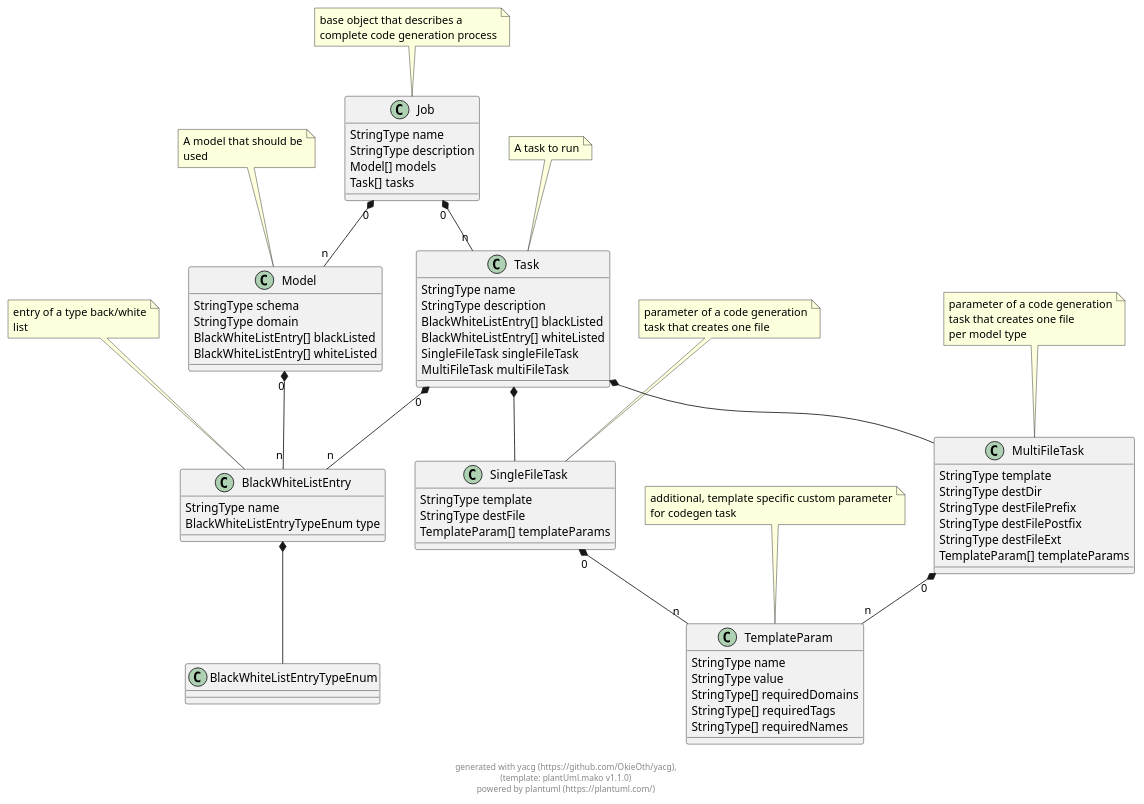
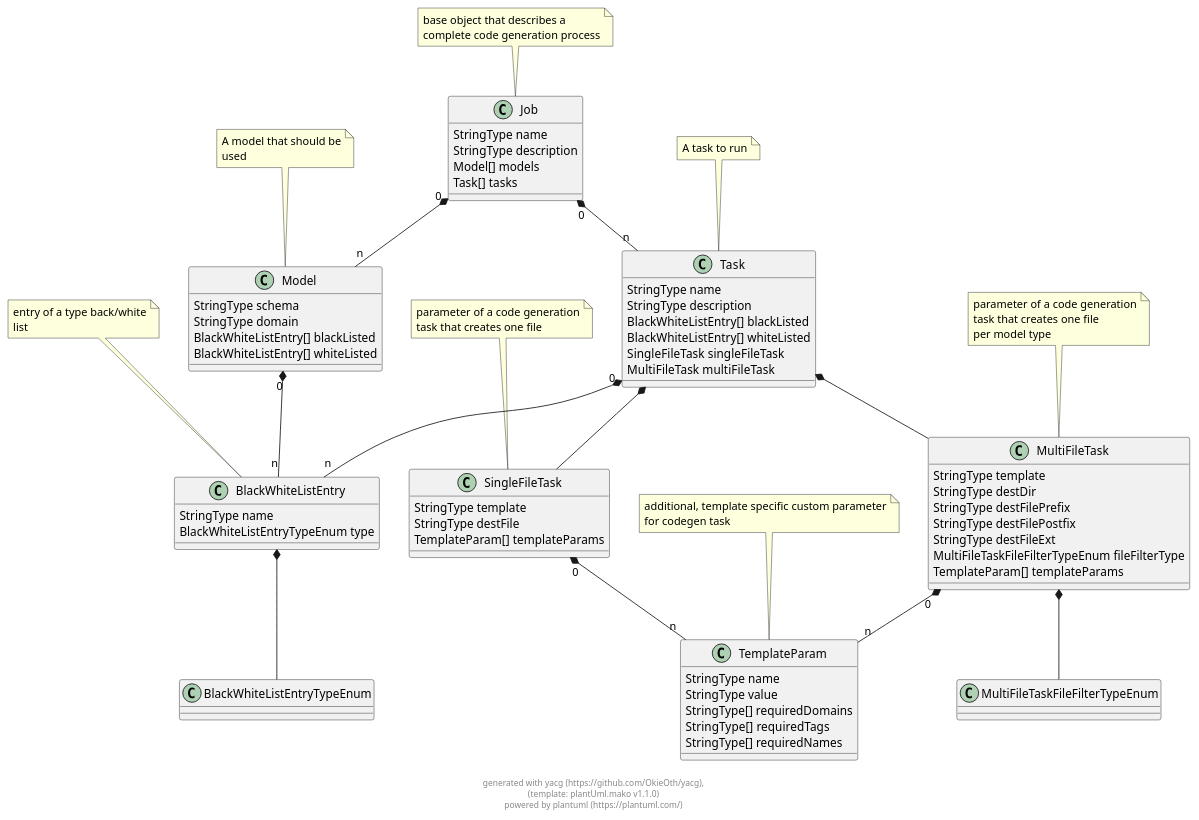
The diagram in docs/puml/yacg_config_schema.puml (OkieOth/yacg), drawn with PlantUML before and after one commit. The commit also changed 9 other files, not shown here.

Commit message:
add a filter type for multi file generators

```diff
--- a/docs/puml/yacg_config_schema.puml
+++ b/docs/puml/yacg_config_schema.puml
@@ -2,101 +2,109 @@
 @startuml
 
 class Job {
     StringType name 
     StringType description 
     Model[] models 
     Task[] tasks 
 }
  
 note top: base object that describes a\ncomplete code generation process
 
 class Model {
     StringType schema 
     StringType domain 
     BlackWhiteListEntry[] blackListed 
     BlackWhiteListEntry[] whiteListed 
 }
  
 note top: A model that should be\nused
 
 class Task {
     StringType name 
     StringType description 
     BlackWhiteListEntry[] blackListed 
     BlackWhiteListEntry[] whiteListed 
     SingleFileTask singleFileTask 
     MultiFileTask multiFileTask 
 }
  
 note top: A task to run
 
 class BlackWhiteListEntry {
     StringType name 
     BlackWhiteListEntryTypeEnum type 
 }
  
 note top: entry of a type back/white\nlist
 
 class BlackWhiteListEntryTypeEnum {
 }
  
 
 class SingleFileTask {
     StringType template 
     StringType destFile 
     TemplateParam[] templateParams 
 }
  
 note top: parameter of a code generation\ntask that creates one file
 
 class TemplateParam {
     StringType name 
     StringType value 
     StringType[] requiredDomains 
     StringType[] requiredTags 
     StringType[] requiredNames 
 }
  
 note top: additional, template specific custom parameter\nfor codegen task
 
 class MultiFileTask {
     StringType template 
     StringType destDir 
     StringType destFilePrefix 
     StringType destFilePostfix 
     StringType destFileExt 
+    MultiFileTaskFileFilterTypeEnum fileFilterType 
     TemplateParam[] templateParams 
 }
  
 note top: parameter of a code generation\ntask that creates one file\nper model type
+
+class MultiFileTaskFileFilterTypeEnum {
+}
+ 
 
 
     
 Job "0" *-- "n" Model        
             
 Job "0" *-- "n" Task        
             
     
 Model "0" *-- "n" BlackWhiteListEntry        
             
     
 Task "0" *-- "n" BlackWhiteListEntry        
             
 Task  *--  SingleFileTask        
             
 Task  *--  MultiFileTask        
             
     
 BlackWhiteListEntry  *--  BlackWhiteListEntryTypeEnum        
             
     
     
 SingleFileTask "0" *-- "n" TemplateParam        
             
     
     
+MultiFileTask  *--  MultiFileTaskFileFilterTypeEnum        
+            
 MultiFileTask "0" *-- "n" TemplateParam        
             
+    
 
 footer \ngenerated with yacg (https://github.com/OkieOth/yacg),\n(template: plantUml.mako v1.1.0)\npowered by plantuml (https://plantuml.com/)
 @enduml
```
